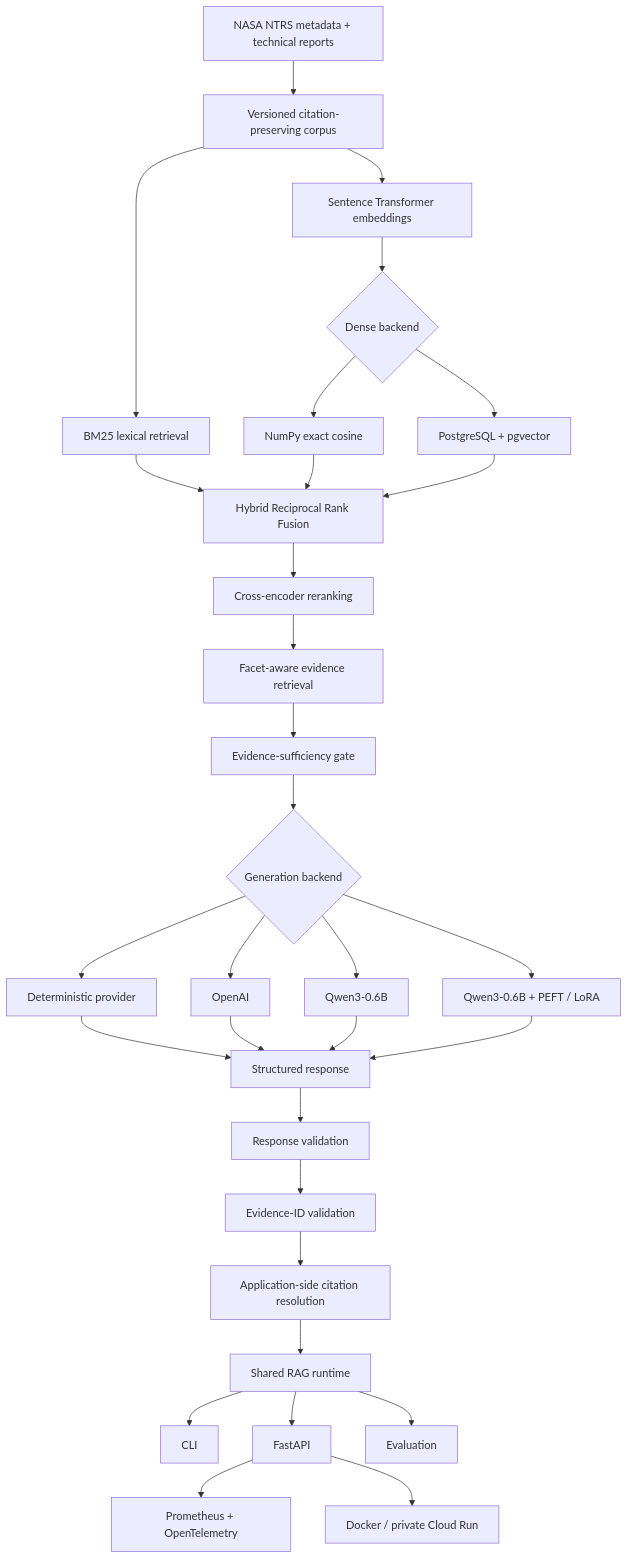
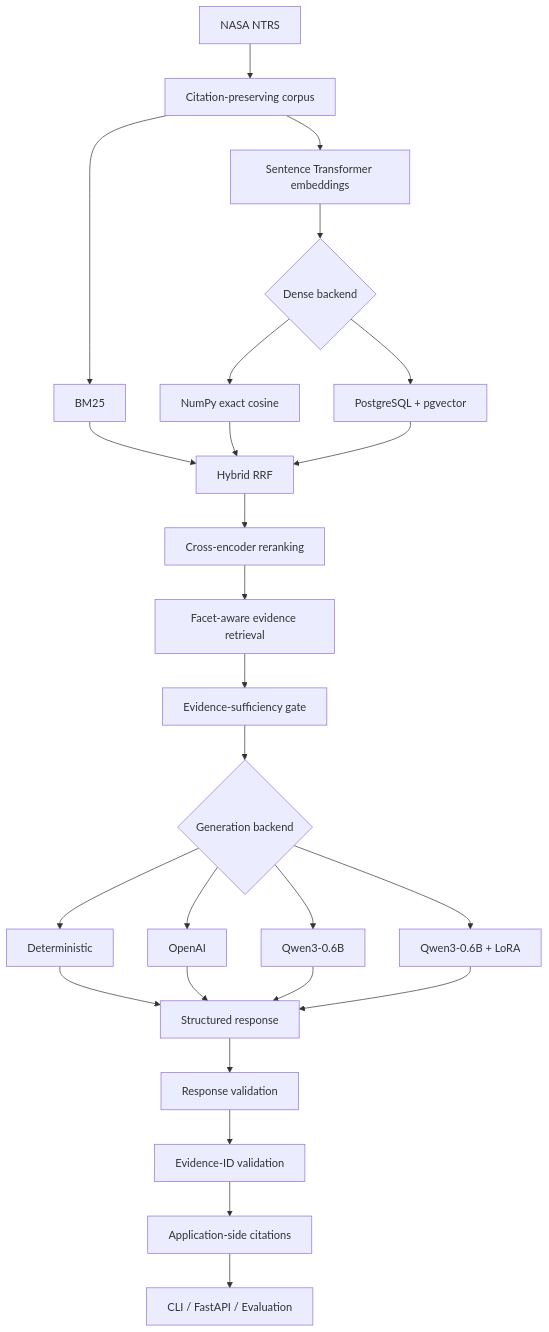
Before and after one commit to triasha72/AeroRAG-X: the diagram in README.md, drawn with Mermaid. The commit also changed other lines of this file and 1 other file, not shown here.

Commit message:
docs: update four-way findings and semantic evaluation roadmap

````diff
--- a/README.md
+++ b/README.md
@@ -29,44 +15,28 @@
 ```mermaid
 flowchart TD
-    A["NASA NTRS metadata + technical reports"] --> B["Versioned citation-preserving corpus"]
-
-    B --> C["BM25 lexical retrieval"]
-    B --> D["Sentence Transformer embeddings"]
-
-    D --> E{"Dense backend"}
-    E --> F["NumPy exact cosine"]
-    E --> G["PostgreSQL + pgvector"]
-
-    C --> H["Hybrid Reciprocal Rank Fusion"]
-    F --> H
-    G --> H
-
-    H --> I["Cross-encoder reranking"]
-    I --> J["Facet-aware evidence retrieval"]
-    J --> K["Evidence-sufficiency gate"]
-
-    K --> L{"Generation backend"}
-
-    L --> M["Deterministic provider"]
-    L --> N["OpenAI"]
-    L --> O["Qwen3-0.6B"]
-    L --> P["Qwen3-0.6B + PEFT / LoRA"]
-
-    M --> Q["Structured response"]
-    N --> Q
-    O --> Q
-    P --> Q
-
-    Q --> R["Response validation"]
-    R --> S["Evidence-ID validation"]
-    S --> T["Application-side citation resolution"]
-
-    T --> U["Shared RAG runtime"]
-
-    U --> V["CLI"]
-    U --> W["FastAPI"]
-    U --> X["Evaluation"]
-
-    W --> Y["Prometheus + OpenTelemetry"]
-    W --> Z["Docker / private Cloud Run"]
+A["NASA NTRS"] --> B["Citation-preserving corpus"]
+B --> C["BM25"]
+B --> D["Sentence Transformer embeddings"]
+D --> E{"Dense backend"}
+E --> F["NumPy exact cosine"]
+E --> G["PostgreSQL + pgvector"]
+C --> H["Hybrid RRF"]
+F --> H
+G --> H
+H --> I["Cross-encoder reranking"]
+I --> J["Facet-aware evidence retrieval"]
+J --> K["Evidence-sufficiency gate"]
+K --> L{"Generation backend"}
+L --> M["Deterministic"]
+L --> N["OpenAI"]
+L --> O["Qwen3-0.6B"]
+L --> P["Qwen3-0.6B + LoRA"]
+M --> Q["Structured response"]
+N --> Q
+O --> Q
+P --> Q
+Q --> R["Response validation"]
+R --> S["Evidence-ID validation"]
+S --> T["Application-side citations"]
+T --> U["CLI / FastAPI / Evaluation"]
 ```
````
